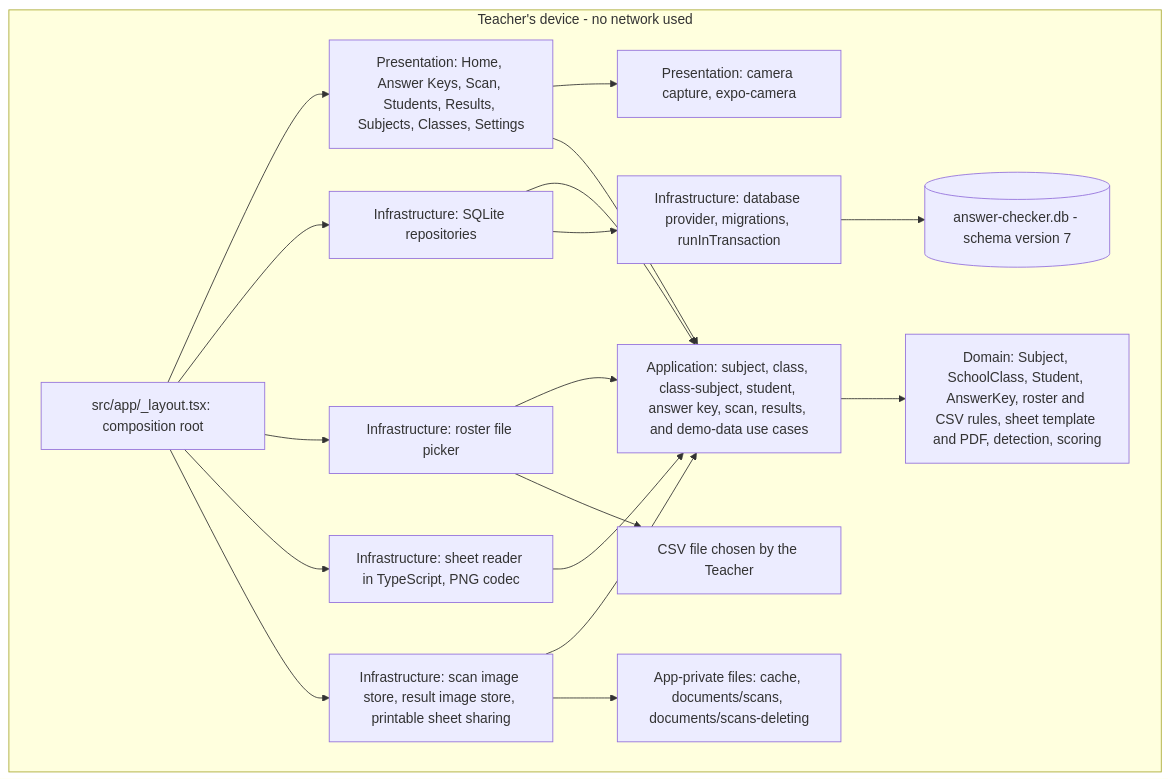
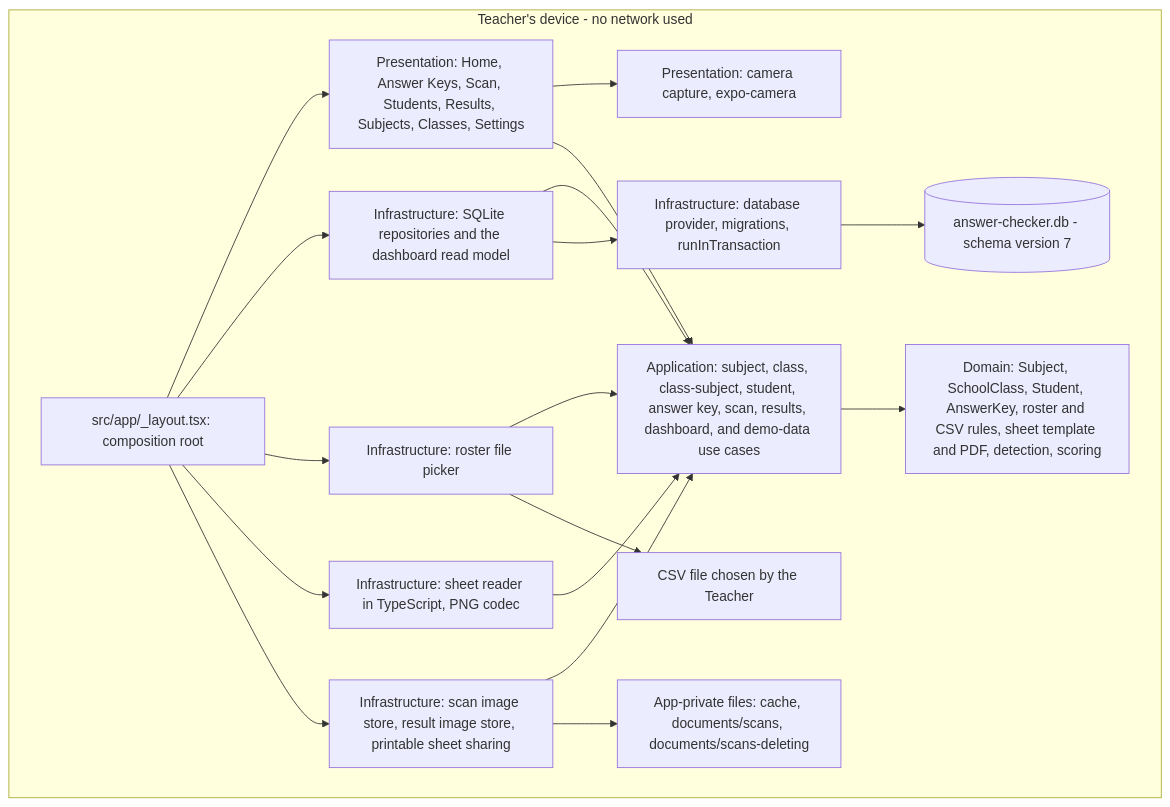
Before and after one commit to nicolaseugenio2022-cyber/answer-checker: the first of 14 diagrams in docs/diagrams.md, drawn with Mermaid. The commit also changed other lines of this file and 5 other files, not shown here.

````diff
--- a/docs/diagrams.md
+++ b/docs/diagrams.md
@@ -11,35 +11,35 @@
 ```mermaid
 flowchart TD
     subgraph Device["Teacher's device - no network used"]
         ROOT["src/app/_layout.tsx: composition root"]
         UI["Presentation: Home, Answer Keys, Scan, Students, Results, Subjects, Classes, Settings"]
         CAM["Presentation: camera capture, expo-camera"]
-        UC["Application: subject, class, class-subject, student, answer key, scan, results, and demo-data use cases"]
+        UC["Application: subject, class, class-subject, student, answer key, scan, results, dashboard, and demo-data use cases"]
         DOMAIN["Domain: Subject, SchoolClass, Student, AnswerKey, roster and CSV rules, sheet template and PDF, detection, scoring"]
-        REPO["Infrastructure: SQLite repositories"]
+        REPO["Infrastructure: SQLite repositories and the dashboard read model"]
         FILES["Infrastructure: roster file picker"]
         OMR["Infrastructure: sheet reader in TypeScript, PNG codec"]
         IMAGES["Infrastructure: scan image store, result image store, printable sheet sharing"]
         CORE["Infrastructure: database provider, migrations, runInTransaction"]
         DB[("answer-checker.db - schema version 7")]
         CSV["CSV file chosen by the Teacher"]
         STORE["App-private files: cache, documents/scans, documents/scans-deleting"]
     end
 
     ROOT --> UI
     ROOT --> REPO
     ROOT --> FILES
     ROOT --> OMR
     ROOT --> IMAGES
     UI --> CAM
     UI --> UC
     UC --> DOMAIN
     REPO --> UC
     FILES --> UC
     OMR --> UC
     IMAGES --> UC
     REPO --> CORE
     CORE --> DB
     FILES --> CSV
     IMAGES --> STORE
 ```
````
